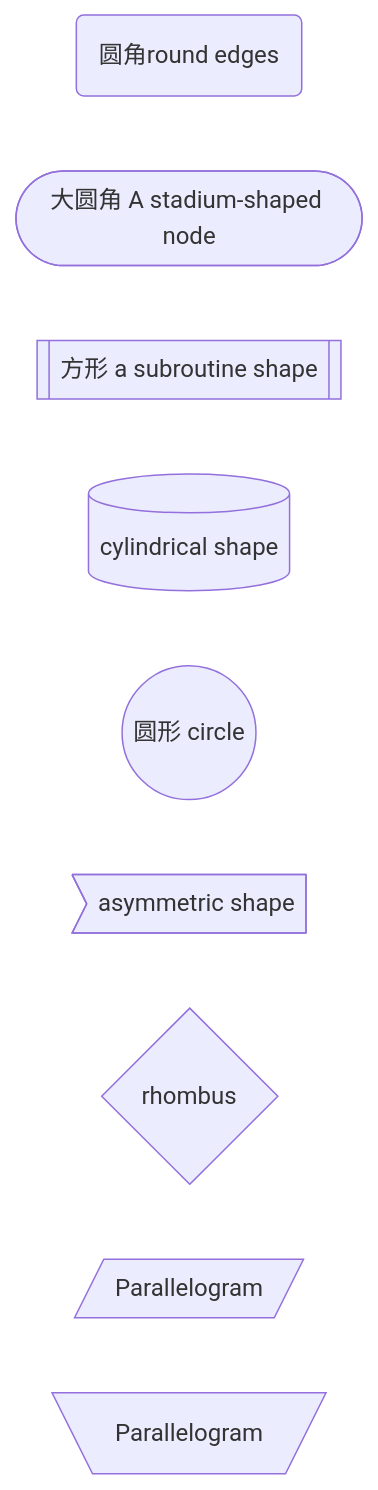
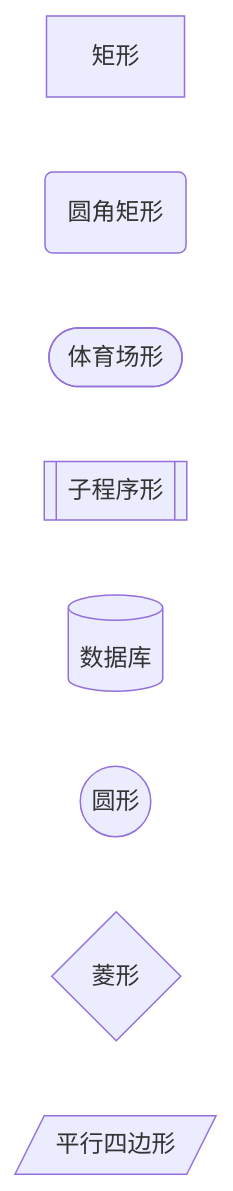
One commit to coswit/coswit.github.io changed the third of 9 diagrams in 博客相关/markdown语法.md. Above: the diagram before and after it, drawn with Mermaid. The commit also changed other lines of this file and 14 other files, not shown here.

````diff
--- a/博客相关/markdown语法.md
+++ b/博客相关/markdown语法.md
@@ -77,22 +72,11 @@
 ```mermaid
 graph LR
-    id1(圆角round edges)   
-    
-    id2([大圆角 A stadium-shaped node])
-    
-    id3[[方形 a subroutine shape]]
-     
-     id4[(cylindrical shape)]
-     
-    id5((圆形 circle))
-    
- 		id6>asymmetric shape] 
-    
-    id7{rhombus}
-    
-    
-  	
-    id9[/Parallelogram/]
-    
-    id10[\Parallelogram/]
+    id1[矩形]
+    id2(圆角矩形)
+    id3([体育场形])
+    id4[[子程序形]]
+    id5[(数据库)]
+    id6((圆形))
+    id7{菱形}
+    id8[/平行四边形/]
 ```
````
